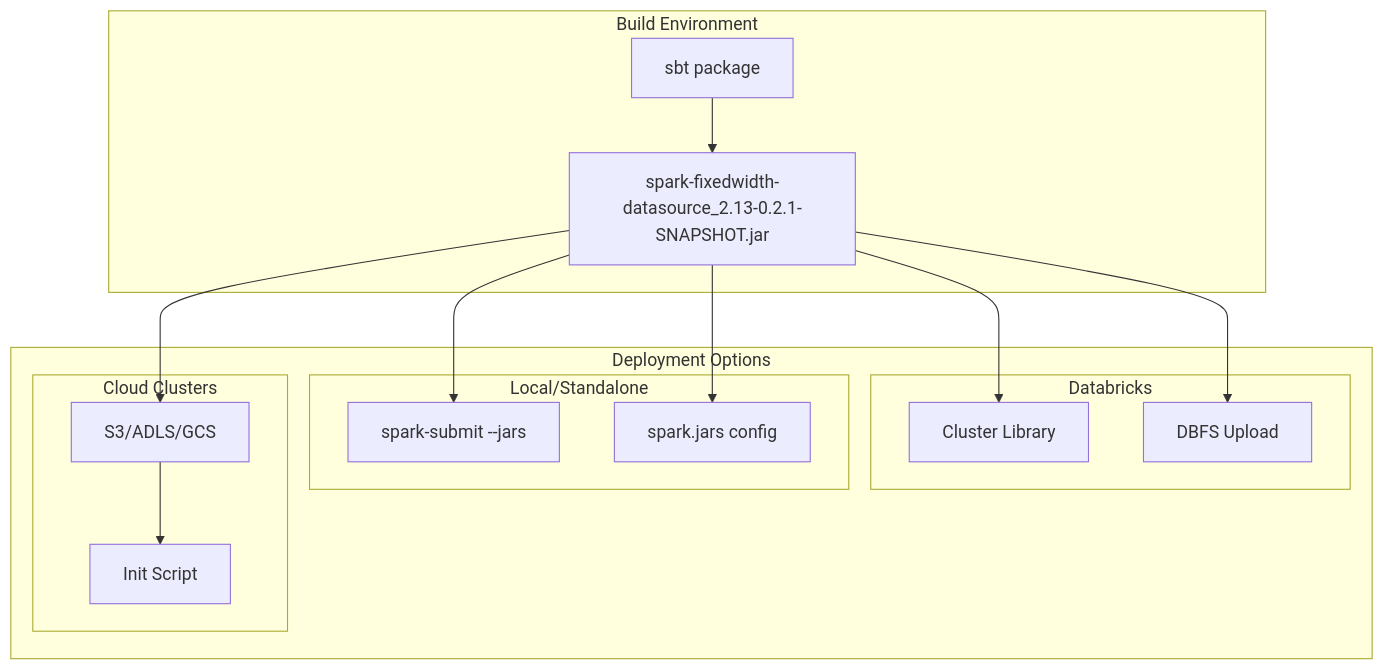
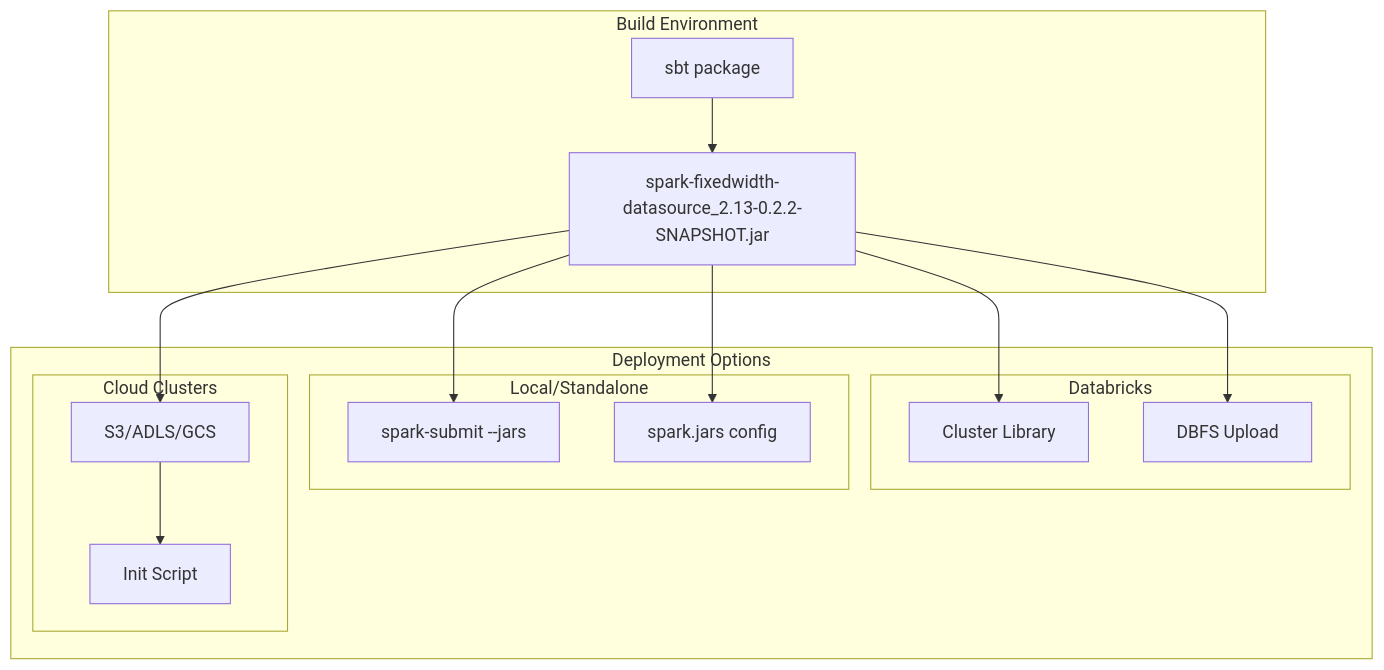
Before and after one commit to alextimmer/spark-databricks-fixedwidth-datasource-v2: the fifth of 6 diagrams in docs/ARCHITECTURE.md, drawn with Mermaid. The commit also changed other lines of this file and 2 other files, not shown here.

Commit message:
docs: record read-path performance work; bump to 0.2.2-SNAPSHOT

````diff
--- a/docs/ARCHITECTURE.md
+++ b/docs/ARCHITECTURE.md
@@ -453,30 +453,30 @@
 ```mermaid
 flowchart TB
     subgraph Build["Build Environment"]
         SBT["sbt package"]
-        JAR["spark-fixedwidth-datasource_2.13-0.2.1-SNAPSHOT.jar"]
+        JAR["spark-fixedwidth-datasource_2.13-0.2.2-SNAPSHOT.jar"]
     end
 
     subgraph Deploy["Deployment Options"]
         subgraph Databricks["Databricks"]
             DBLib["Cluster Library"]
             DBFS["DBFS Upload"]
         end
         subgraph Local["Local/Standalone"]
             SparkSubmit["spark-submit --jars"]
             SparkConf["spark.jars config"]
         end
         subgraph Cloud["Cloud Clusters"]
             S3["S3/ADLS/GCS"]
             Init["Init Script"]
         end
     end
 
     SBT --> JAR
     JAR --> DBLib
     JAR --> DBFS
     JAR --> SparkSubmit
     JAR --> SparkConf
     JAR --> S3
     S3 --> Init
 ```
````
